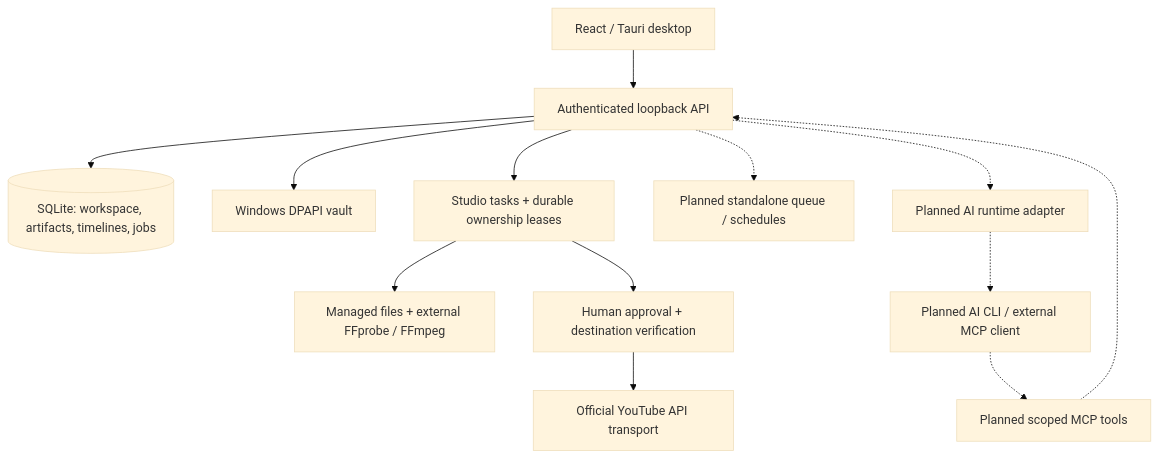
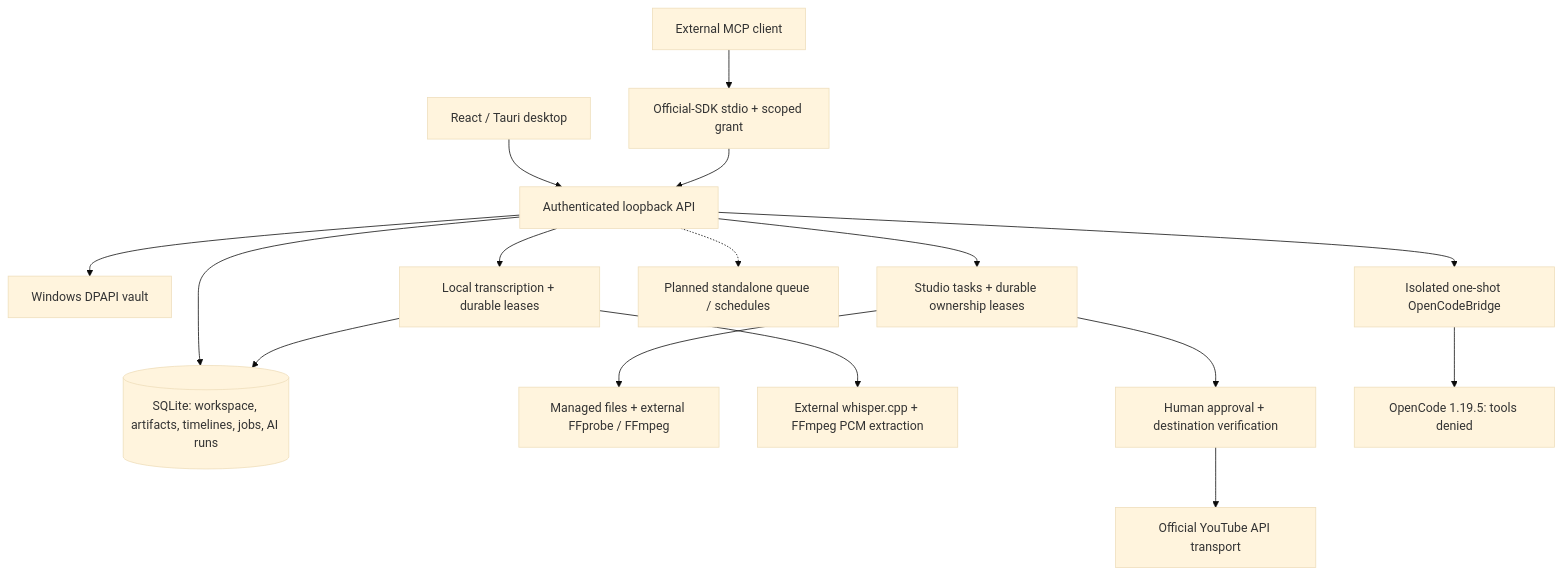
One commit to merteren97/AtrisShare changed the diagram in docs/ARCHITECTURE.md. Above: the diagram before and after it, drawn with Mermaid (base theme). The commit also changed other lines of this file and 61 other files, not shown here.

````diff
--- a/docs/ARCHITECTURE.md
+++ b/docs/ARCHITECTURE.md
@@ -15,15 +21,18 @@
 ```mermaid
 flowchart TD
     Desktop[React / Tauri desktop] --> API[Authenticated loopback API]
-    API --> DB[(SQLite: workspace, artifacts, timelines, jobs)]
+    API --> DB[(SQLite: workspace, artifacts, timelines, jobs, AI runs)]
     API --> Vault[Windows DPAPI vault]
     API --> Studio[Studio tasks + durable ownership leases]
     Studio --> Media[Managed files + external FFprobe / FFmpeg]
+    API --> Speech[Local transcription + durable leases]
+    Speech --> Whisper[External whisper.cpp + FFmpeg PCM extraction]
+    Speech --> DB
     Studio --> Gate[Human approval + destination verification]
     Gate --> Social[Official YouTube API transport]
-    CLI[Planned AI CLI / external MCP client] -.-> MCP[Planned scoped MCP tools]
-    MCP -.-> API
+    Client[External MCP client] --> MCP[Official-SDK stdio + scoped grant]
+    MCP --> API
     API -.-> Queue[Planned standalone queue / schedules]
-    API -.-> AI[Planned AI runtime adapter]
-    AI -.-> CLI
+    API --> AI[Isolated one-shot OpenCodeBridge]
+    AI --> CLI[OpenCode 1.19.5: tools denied]
 ```
````
